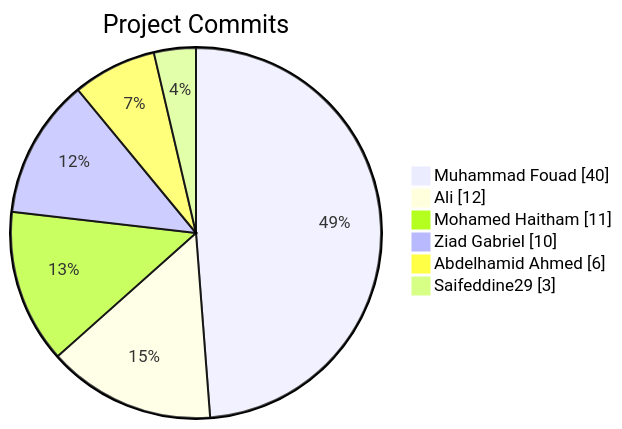
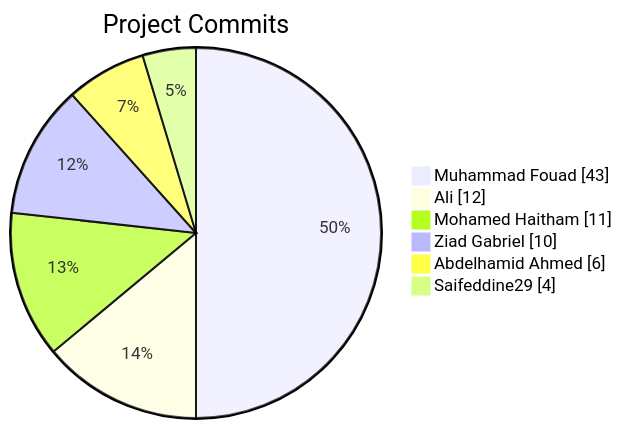
Before and after one commit to Abdelhamid-El-rashidy/Library_System: the diagram in README.md, drawn with Mermaid.

Commit message:
docs: update contributor stats [skip ci]

````diff
--- a/README.md
+++ b/README.md
@@ -6,10 +6,10 @@
 ```mermaid
 pie showData
     title Project Commits
-    "Muhammad Fouad" : 40
+    "Muhammad Fouad" : 43
     "Ali" : 12
     "Mohamed Haitham" : 11
     "Ziad Gabriel" : 10
     "Abdelhamid Ahmed" : 6
-    "Saifeddine29" : 3
+    "Saifeddine29" : 4
 ```
````
